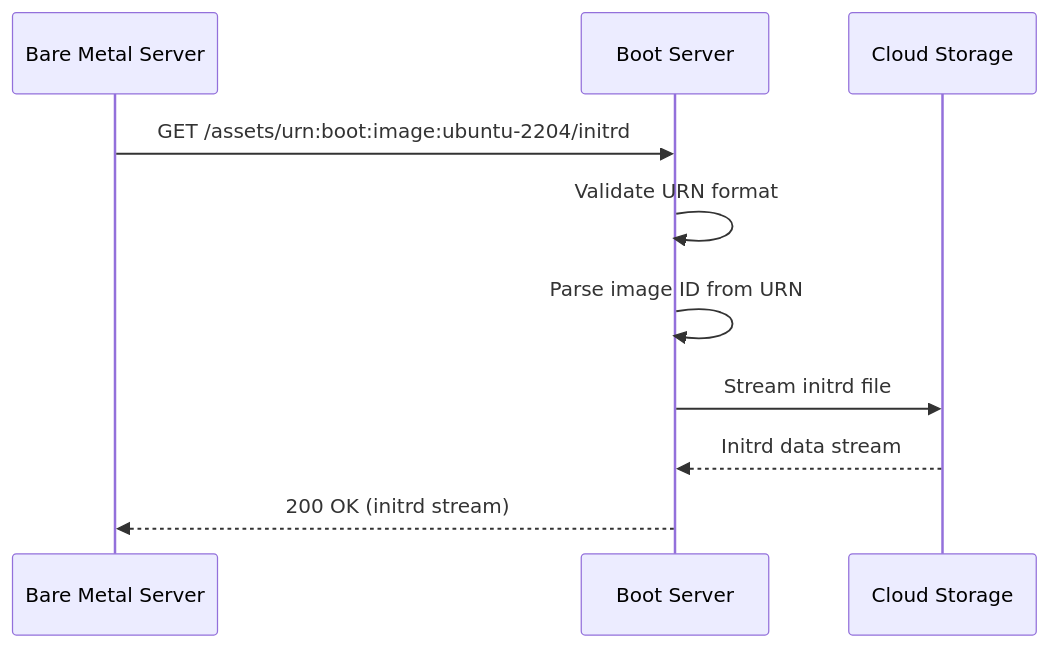
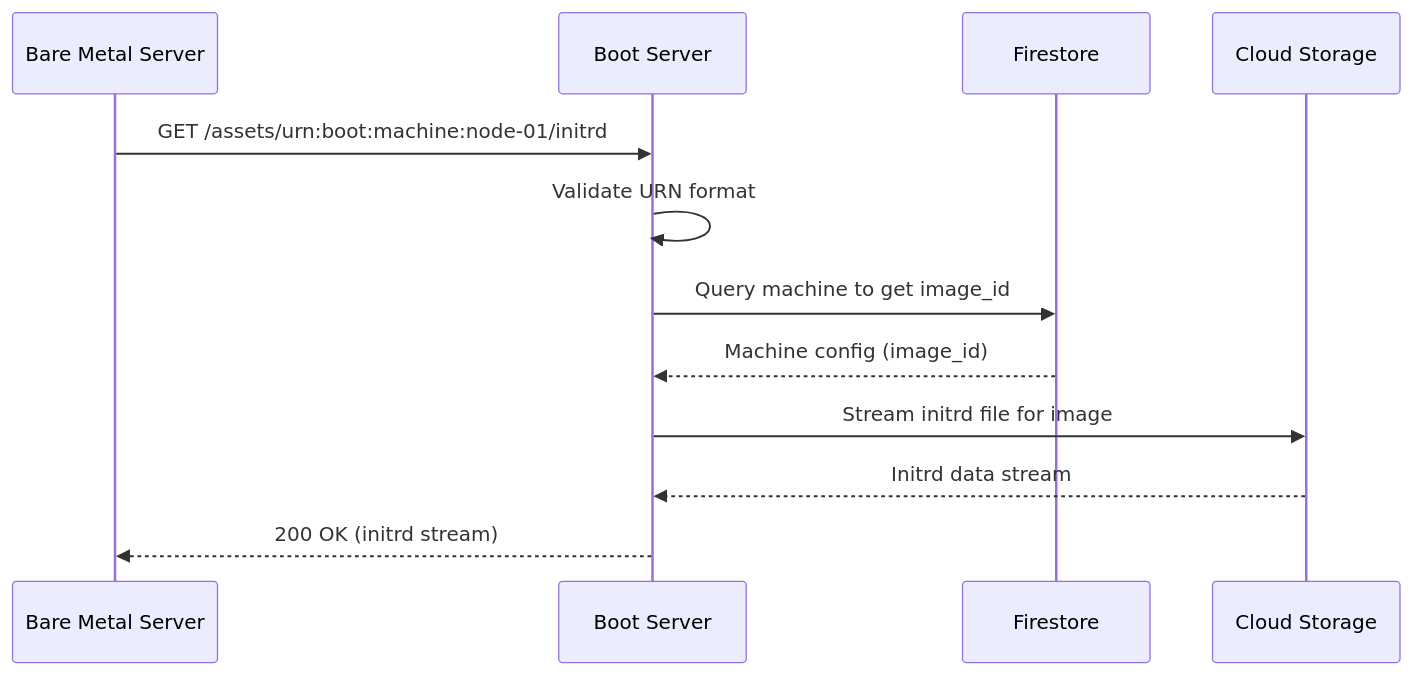
Before and after one commit to Zaba505/infra: the third of 3 diagrams in docs/content/r&d/services/boot/uefi-boot-endpoints.md, drawn with Mermaid. The commit also changed other lines of this file, not shown here.

Commit message:
docs: update UEFI endpoints to use machine_id instead of image_id

````diff
--- a/docs/content/r&d/services/boot/uefi-boot-endpoints.md
+++ b/docs/content/r&d/services/boot/uefi-boot-endpoints.md
@@ -153,13 +158,15 @@
 ```mermaid
 sequenceDiagram
     participant Client as Bare Metal Server
     participant Boot as Boot Server
+    participant DB as Firestore
     participant Storage as Cloud Storage
     
-    Client->>Boot: GET /assets/urn:boot:image:ubuntu-2204/initrd
+    Client->>Boot: GET /assets/urn:boot:machine:node-01/initrd
     Boot->>Boot: Validate URN format
-    Boot->>Boot: Parse image ID from URN
-    Boot->>Storage: Stream initrd file
+    Boot->>DB: Query machine to get image_id
+    DB-->>Boot: Machine config (image_id)
+    Boot->>Storage: Stream initrd file for image
     Storage-->>Boot: Initrd data stream
     Boot-->>Client: 200 OK (initrd stream)
 ```
````
